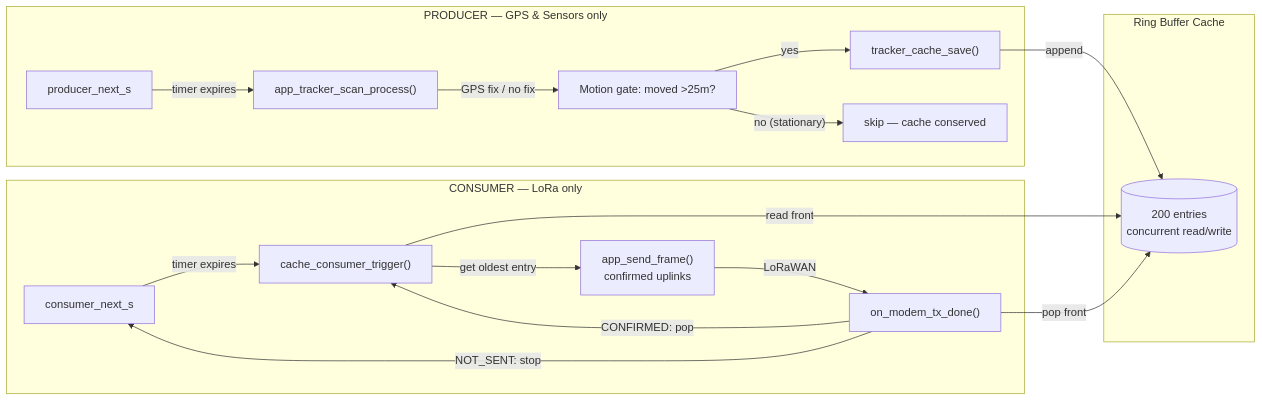
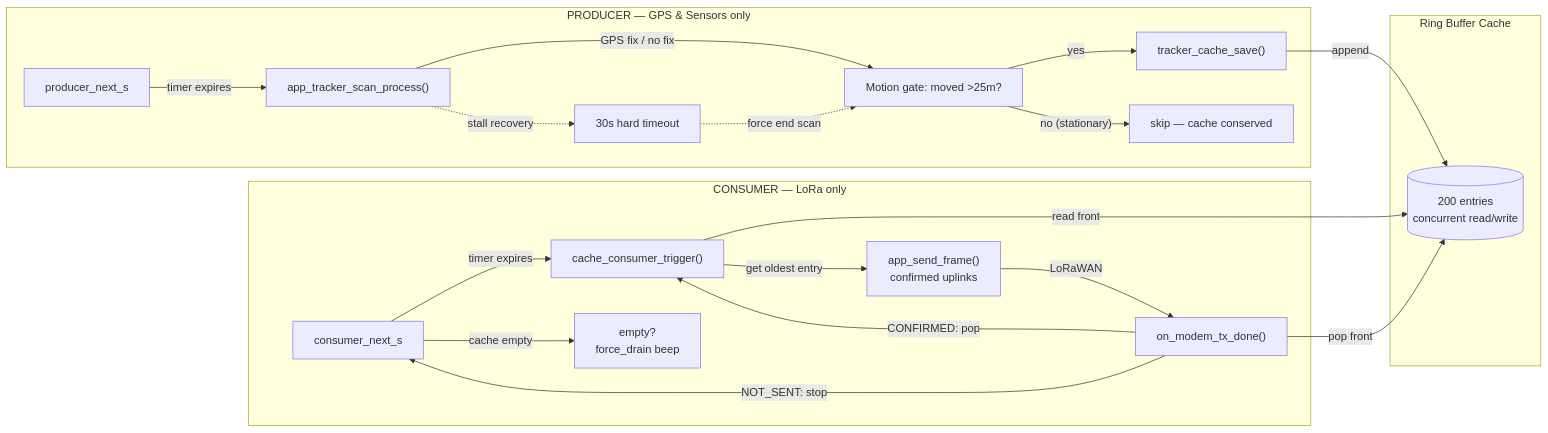
One commit to ViVSoftComputers/t1000e-firmware changed the diagram in README.md. Above: the diagram before and after it, drawn with Mermaid. The commit also changed other lines of this file, not shown here.

Commit message:
v25: Update README — 15s scan, 30s timeout, 25min drain, no queue

````diff
--- a/README.md
+++ b/README.md
@@ -101,33 +108,38 @@
 ```mermaid
 flowchart LR
     subgraph PRODUCER["PRODUCER — GPS & Sensors only"]
         P_TIMER["producer_next_s"]
         SCAN["app_tracker_scan_process()"]
         SAVE["tracker_cache_save()"]
         GATE["Motion gate: moved >25m?"]
+        TIMEOUT["30s hard timeout"]
         P_TIMER -->|"timer expires"| SCAN
         SCAN -->|"GPS fix / no fix"| GATE
         GATE -->|"yes"| SAVE
         GATE -->|"no (stationary)"| SKIP["skip — cache conserved"]
+        SCAN -.->|"stall recovery"| TIMEOUT
+        TIMEOUT -.->|"force end scan"| GATE
     end
 
     subgraph CACHE["Ring Buffer Cache"]
         RB[("200 entries<br/>concurrent read/write")]
     end
 
     subgraph CONSUMER["CONSUMER — LoRa only"]
         C_TIMER["consumer_next_s"]
         DRAIN["cache_consumer_trigger()"]
         TX["app_send_frame()<br/>confirmed uplinks"]
         TXDONE["on_modem_tx_done()"]
+        EMPTY["empty?<br/>force_drain beep"]
         C_TIMER -->|"timer expires"| DRAIN
         DRAIN -->|"get oldest entry"| TX
         TX -->|"LoRaWAN"| TXDONE
         TXDONE -->|"CONFIRMED: pop"| DRAIN
         TXDONE -->|"NOT_SENT: stop"| C_TIMER
+        C_TIMER -->|"cache empty"| EMPTY
     end
 
     SAVE -->|"append"| RB
     DRAIN -->|"read front"| RB
     TXDONE -->|"pop front"| RB
 ```
````
